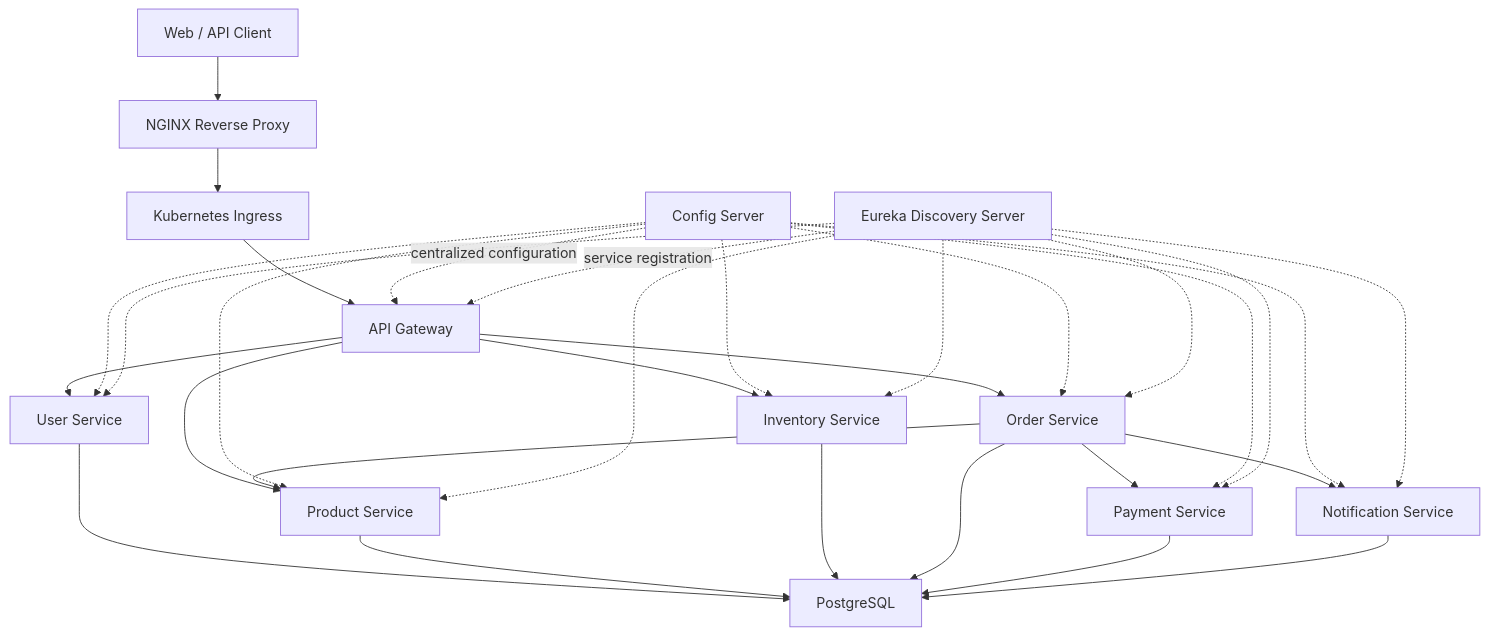
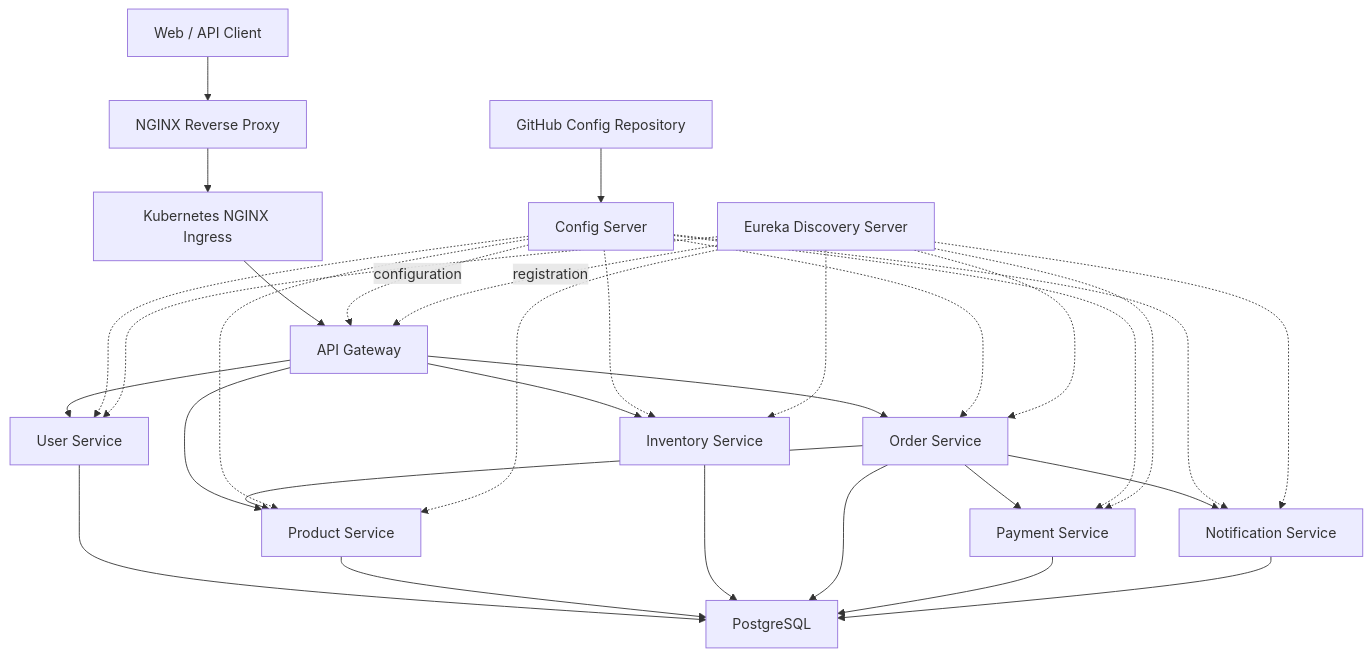
One commit to Pratapkumara/enterprise-ecommerce-microservices-platform changed the first of 2 diagrams in README.md. Above: the diagram before and after it, drawn with Mermaid. The commit also changed other lines of this file and 6 other files, not shown here.

````diff
--- a/README.md
+++ b/README.md
@@ -40,38 +64,39 @@
 ```mermaid
 flowchart TB
     Client["Web / API Client"] --> Nginx["NGINX Reverse Proxy"]
-    Nginx --> Ingress["Kubernetes Ingress"]
+    Nginx --> Ingress["Kubernetes NGINX Ingress"]
     Ingress --> Gateway["API Gateway"]
 
     Gateway --> User["User Service"]
     Gateway --> Product["Product Service"]
     Gateway --> Inventory["Inventory Service"]
     Gateway --> Order["Order Service"]
 
     Order --> Product
     Order --> Payment["Payment Service"]
     Order --> Notification["Notification Service"]
 
-    User --> PostgreSQL["PostgreSQL"]
-    Product --> PostgreSQL
-    Inventory --> PostgreSQL
-    Order --> PostgreSQL
-    Payment --> PostgreSQL
-    Notification --> PostgreSQL
-
-    Config["Config Server"] -. centralized configuration .-> Gateway
+    ConfigRepo["GitHub Config Repository"] --> Config["Config Server"]
+    Config -. configuration .-> Gateway
     Config -.-> User
     Config -.-> Product
     Config -.-> Inventory
     Config -.-> Order
     Config -.-> Payment
     Config -.-> Notification
 
-    Discovery["Eureka Discovery Server"] -. service registration .-> Gateway
+    Discovery["Eureka Discovery Server"] -. registration .-> Gateway
     Discovery -.-> User
     Discovery -.-> Product
     Discovery -.-> Inventory
     Discovery -.-> Order
     Discovery -.-> Payment
     Discovery -.-> Notification
+
+    User --> PostgreSQL["PostgreSQL"]
+    Product --> PostgreSQL
+    Inventory --> PostgreSQL
+    Order --> PostgreSQL
+    Payment --> PostgreSQL
+    Notification --> PostgreSQL
 ```
````
